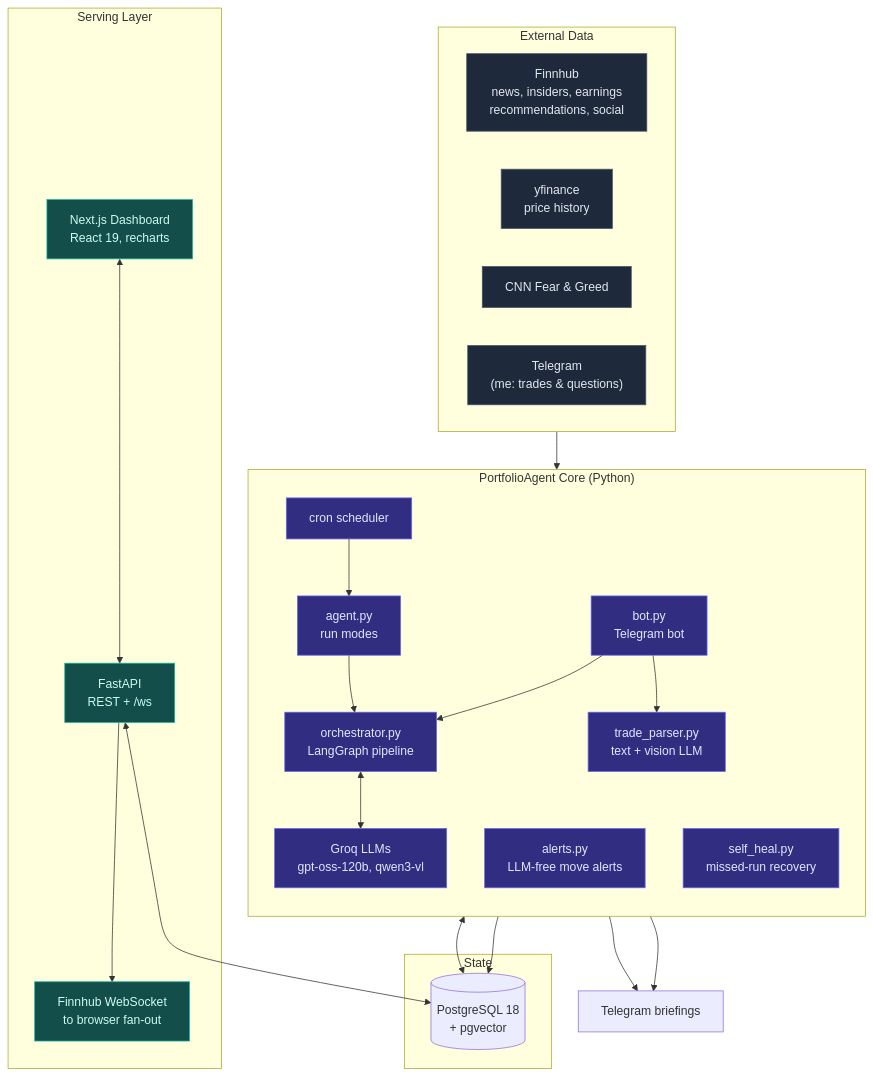
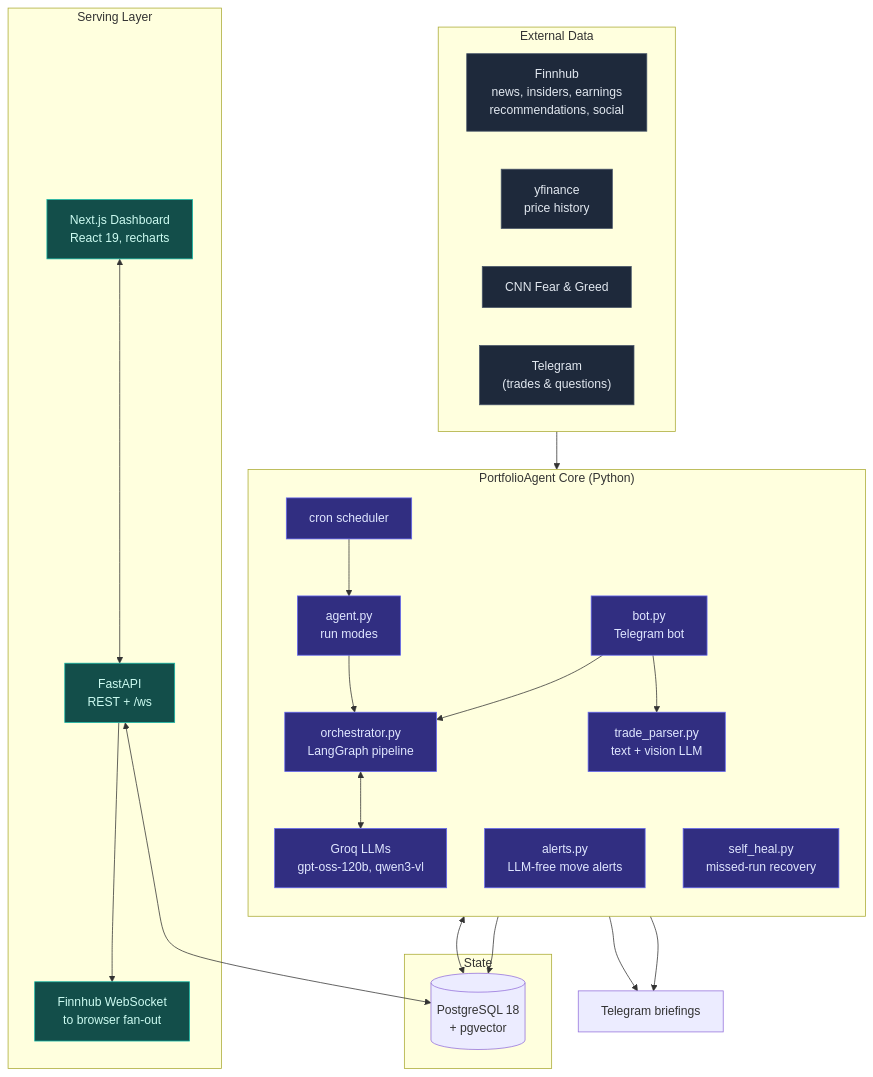
Before and after one commit to aarush6848ddh/PortfolioAgent: the first of 2 diagrams in README.md, drawn with Mermaid. The commit also changed other lines of this file, not shown here.

Commit message:
docs: add professional README with   architecture diagrams

````diff
--- a/README.md
+++ b/README.md
@@ -66,46 +66,46 @@
 ```mermaid
 flowchart TB
     subgraph Sources["External Data"]
         FH["Finnhub<br/>news, insiders, earnings<br/>recommendations, social"]
         YF["yfinance<br/>price history"]
         FG["CNN Fear & Greed"]
-        TG_IN["Telegram<br/>(me: trades & questions)"]
+        TG_IN["Telegram<br/>(trades & questions)"]
     end
 
     subgraph Core["PortfolioAgent Core (Python)"]
         direction TB
         CRON["cron scheduler"] --> AGENT["agent.py<br/>run modes"]
         AGENT --> ORCH["orchestrator.py<br/>LangGraph pipeline"]
         BOT["bot.py<br/>Telegram bot"] --> ORCH
         BOT --> PARSER["trade_parser.py<br/>text + vision LLM"]
         ALERTS["alerts.py<br/>LLM-free move alerts"]
         HEAL["self_heal.py<br/>missed-run recovery"]
         ORCH <--> GROQ["Groq LLMs<br/>gpt-oss-120b, qwen3-vl"]
     end
 
     subgraph Store["State"]
         PG[("PostgreSQL 18<br/>+ pgvector")]
     end
 
     subgraph Serve["Serving Layer"]
         API["FastAPI<br/>REST + /ws"]
         WS["Finnhub WebSocket<br/>to browser fan-out"]
         DASH["Next.js Dashboard<br/>React 19, recharts"]
     end
 
     Sources --> Core
     Core <--> PG
     API <--> PG
     API --> WS
     DASH <--> API
     ORCH --> TG_OUT["Telegram briefings"]
     ALERTS --> TG_OUT
     PARSER --> PG
 
     classDef ext fill:#1e293b,stroke:#475569,color:#e2e8f0
     classDef core fill:#312e81,stroke:#6366f1,color:#e0e7ff
     classDef serve fill:#134e4a,stroke:#14b8a6,color:#ccfbf1
     class FH,YF,FG,TG_IN ext
     class CRON,AGENT,ORCH,BOT,PARSER,ALERTS,HEAL,GROQ core
     class API,WS,DASH serve
 ```
````
